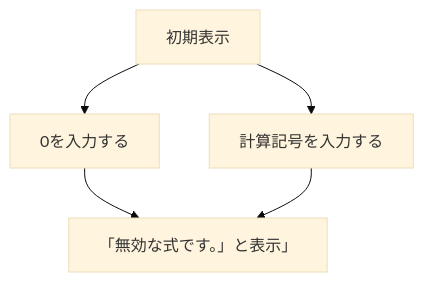
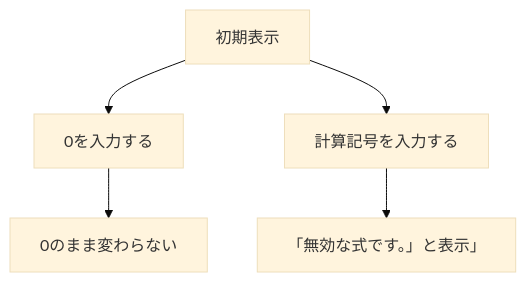
The diagram in 基本設計書.md (N3question/jsp-servlet-calculator), drawn with Mermaid (base theme) before and after one commit.

````diff
--- a/基本設計書.md
+++ b/基本設計書.md
@@ -47,5 +47,5 @@
 ```mermaid
 flowchart TB
     A[初期表示] --> B[0を入力する] --> C[0のまま変わらない]
-    A[初期表示] --> D[計算記号を入力する] --> C[「無効な式です。」と表示」]
+    A[初期表示] --> D[計算記号を入力する] --> E[「無効な式です。」と表示」]
 ```
````
